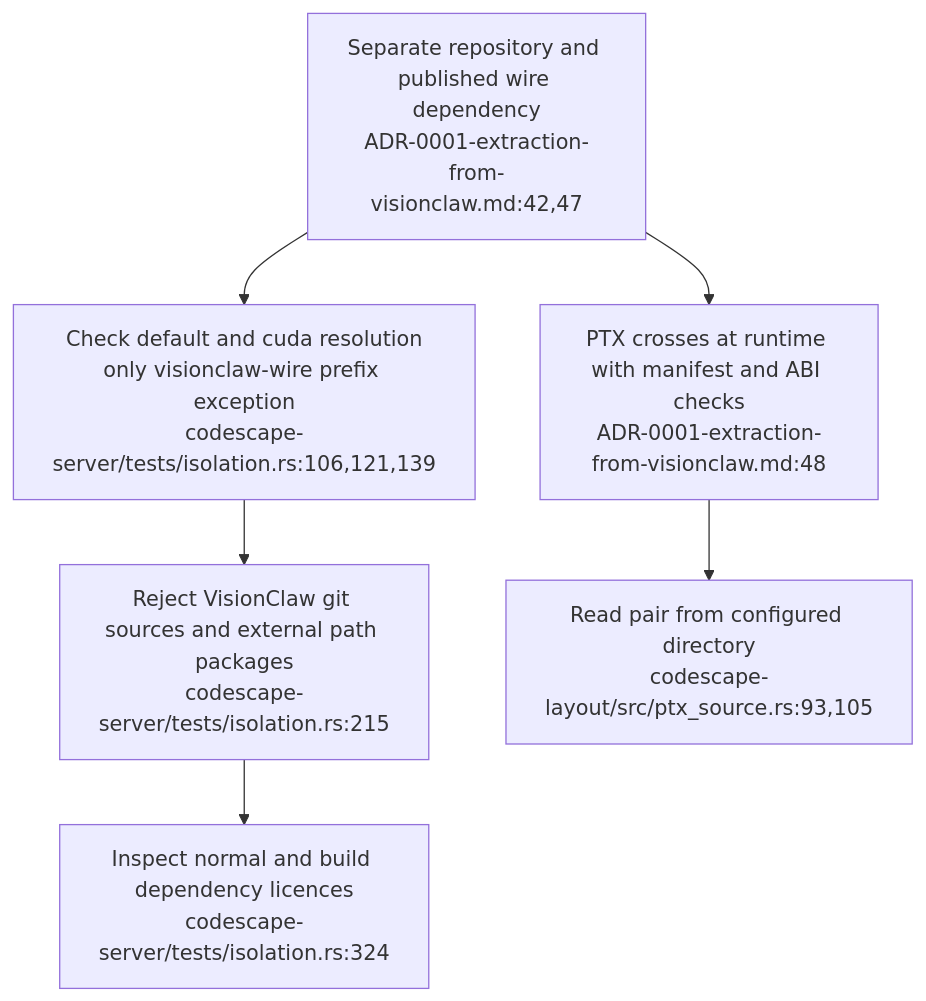
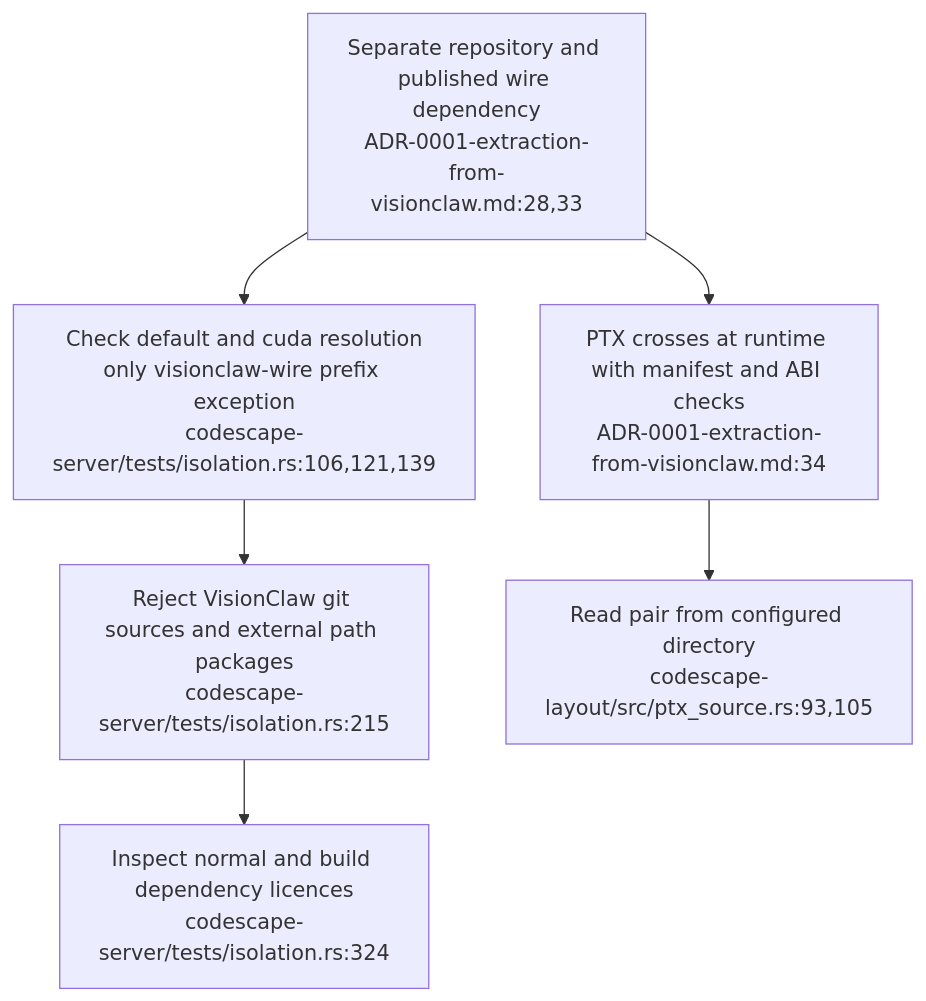
Before and after one commit to DreamLab-AI/VisionFlow: the first of 4 diagrams in docs/diagrams/visionclaw/42-codescape-command-policy-and-runtime-artefacts.md, drawn with Mermaid. The commit also changed other lines of this file and 56 other files, not shown here.

First line of the commit message:
docs(diagrams): re-verify VisionClaw topics at ec785afa9, add VC-19/56/57 and the VisionClaw register

````diff
--- a/docs/diagrams/visionclaw/42-codescape-command-policy-and-runtime-artefacts.md
+++ b/docs/diagrams/visionclaw/42-codescape-command-policy-and-runtime-artefacts.md
@@ -35,8 +35,8 @@
 ```mermaid
 flowchart TD
-    DEC["Separate repository and published wire dependency<br/>ADR-0001-extraction-from-visionclaw.md:42,47"] --> ISO["Check default and cuda resolution<br/>only visionclaw-wire prefix exception<br/>codescape-server/tests/isolation.rs:106,121,139"]
+    DEC["Separate repository and published wire dependency<br/>ADR-0001-extraction-from-visionclaw.md:28,33"] --> ISO["Check default and cuda resolution<br/>only visionclaw-wire prefix exception<br/>codescape-server/tests/isolation.rs:106,121,139"]
     ISO --> PATH["Reject VisionClaw git sources and external path packages<br/>codescape-server/tests/isolation.rs:215"]
     PATH --> LIC["Inspect normal and build dependency licences<br/>codescape-server/tests/isolation.rs:324"]
-    DEC --> GPU["PTX crosses at runtime with manifest and ABI checks<br/>ADR-0001-extraction-from-visionclaw.md:48"]
+    DEC --> GPU["PTX crosses at runtime with manifest and ABI checks<br/>ADR-0001-extraction-from-visionclaw.md:34"]
     GPU --> LOAD["Read pair from configured directory<br/>codescape-layout/src/ptx_source.rs:93,105"]
 ```
````
